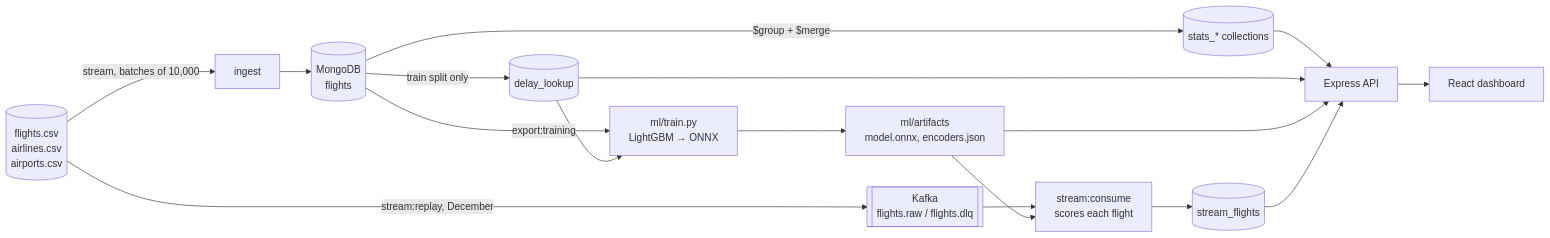
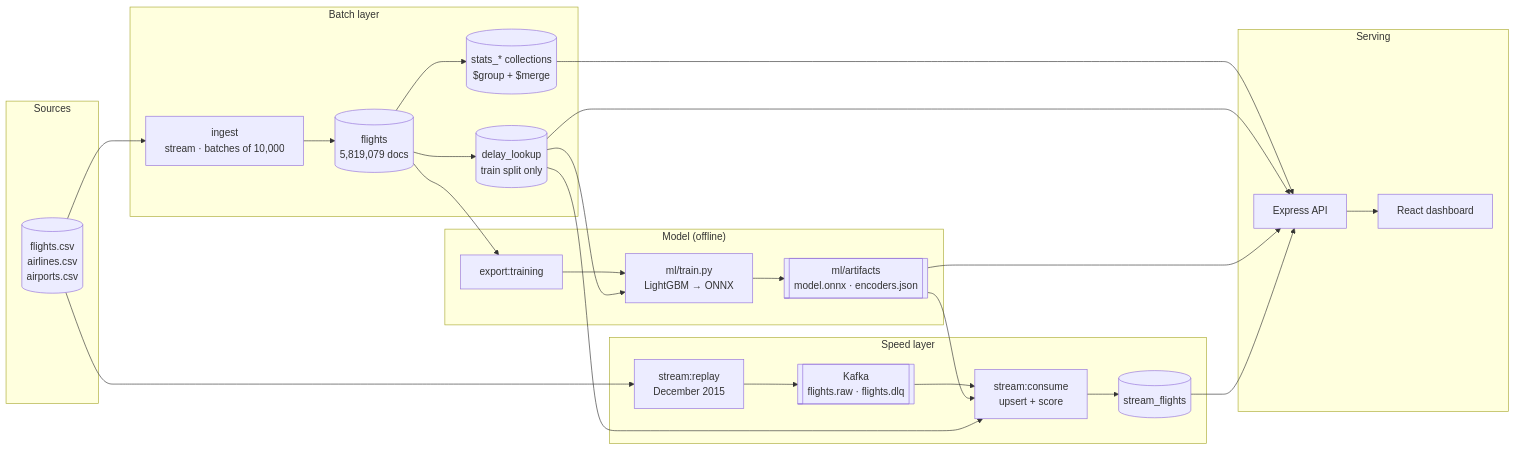
Before and after one commit to StrawHat-Luffyyy/Airline_Flight_Delay_Prediction: the first of 3 diagrams in README.md, drawn with Mermaid. The commit also changed other lines of this file, not shown here.

Commit message:
docs: overhaul README with comprehensive engineering highlights, architecture diagrams, and stack details

````diff
--- a/README.md
+++ b/README.md
@@ -14,19 +65,46 @@
 ```mermaid
 flowchart LR
-  csv[(flights.csv<br/>airlines.csv<br/>airports.csv)] -->|stream, batches of 10,000| ingest[ingest]
-  ingest --> flights[(MongoDB<br/>flights)]
-  flights -->|$group + $merge| stats[(stats_* collections)]
-  flights -->|train split only| lookup[(delay_lookup)]
-  flights -->|export:training| train[ml/train.py<br/>LightGBM → ONNX]
+  subgraph Sources
+    csv[("flights.csv<br/>airlines.csv<br/>airports.csv")]
+  end
+
+  subgraph Batch["Batch layer"]
+    ingest["ingest<br/>stream · batches of 10,000"]
+    flights[("flights<br/>5,819,079 docs")]
+    stats[("stats_* collections<br/>$group + $merge")]
+    lookup[("delay_lookup<br/>train split only")]
+  end
+
+  subgraph ML["Model (offline)"]
+    exportCsv["export:training"]
+    train["ml/train.py<br/>LightGBM → ONNX"]
+    artifacts[["ml/artifacts<br/>model.onnx · encoders.json"]]
+  end
+
+  subgraph Speed["Speed layer"]
+    replay["stream:replay<br/>December 2015"]
+    kafka[["Kafka<br/>flights.raw · flights.dlq"]]
+    consumer["stream:consume<br/>upsert + score"]
+    streamdb[("stream_flights")]
+  end
+
+  subgraph Serving
+    api["Express API"]
+    web["React dashboard"]
+  end
+
+  csv --> ingest --> flights
+  flights --> stats
+  flights --> lookup
+  flights --> exportCsv --> train
   lookup --> train
-  train --> artifacts[ml/artifacts<br/>model.onnx, encoders.json]
-  stats --> api[Express API]
+  train --> artifacts
+  csv --> replay --> kafka --> consumer --> streamdb
+  artifacts --> consumer
+  lookup --> consumer
+  stats --> api
   lookup --> api
   artifacts --> api
-  csv -->|stream:replay, December| kafka[[Kafka<br/>flights.raw / flights.dlq]]
-  kafka --> consumer[stream:consume<br/>scores each flight]
-  artifacts --> consumer
-  consumer --> streamdb[(stream_flights)]
   streamdb --> api
-  api --> web[React dashboard]
+  api --> web
 ```
````
